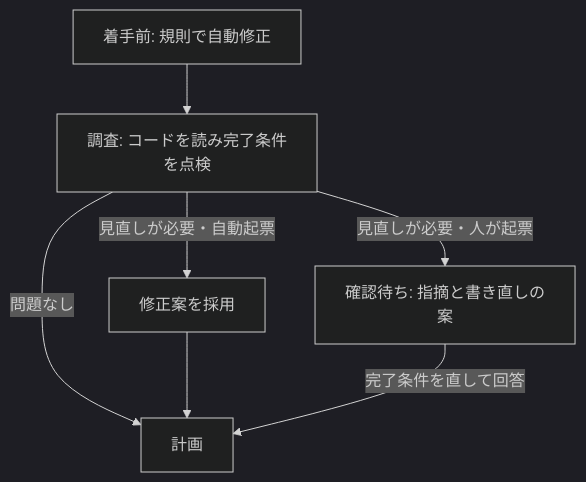
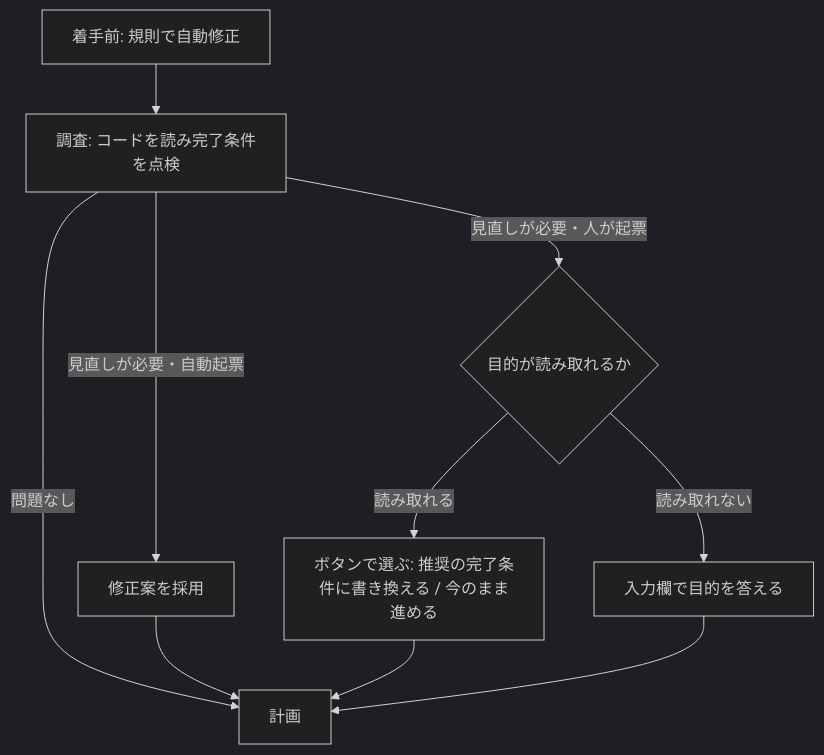
Before and after one commit to takamurayuki/rapitas: the first of 2 diagrams in docs/design/task-spec-writing.md, drawn with Mermaid (dark theme). The commit also changed other lines of this file and 5 other files, not shown here.

````diff
--- a/docs/design/task-spec-writing.md
+++ b/docs/design/task-spec-writing.md
@@ -69,8 +69,11 @@
 ```mermaid
 flowchart TD
   A[着手前: 規則で自動修正] --> R[調査: コードを読み完了条件を点検]
   R -->|問題なし| P[計画]
   R -->|見直しが必要・自動起票| AD[修正案を採用] --> P
-  R -->|見直しが必要・人が起票| Q[確認待ち: 指摘と書き直しの案]
-  Q -->|完了条件を直して回答| P
+  R -->|見直しが必要・人が起票| Q{目的が読み取れるか}
+  Q -->|読み取れる| B[ボタンで選ぶ: 推奨の完了条件に書き換える / 今のまま進める]
+  Q -->|読み取れない| F[入力欄で目的を答える]
+  B --> P
+  F --> P
 ```
````
